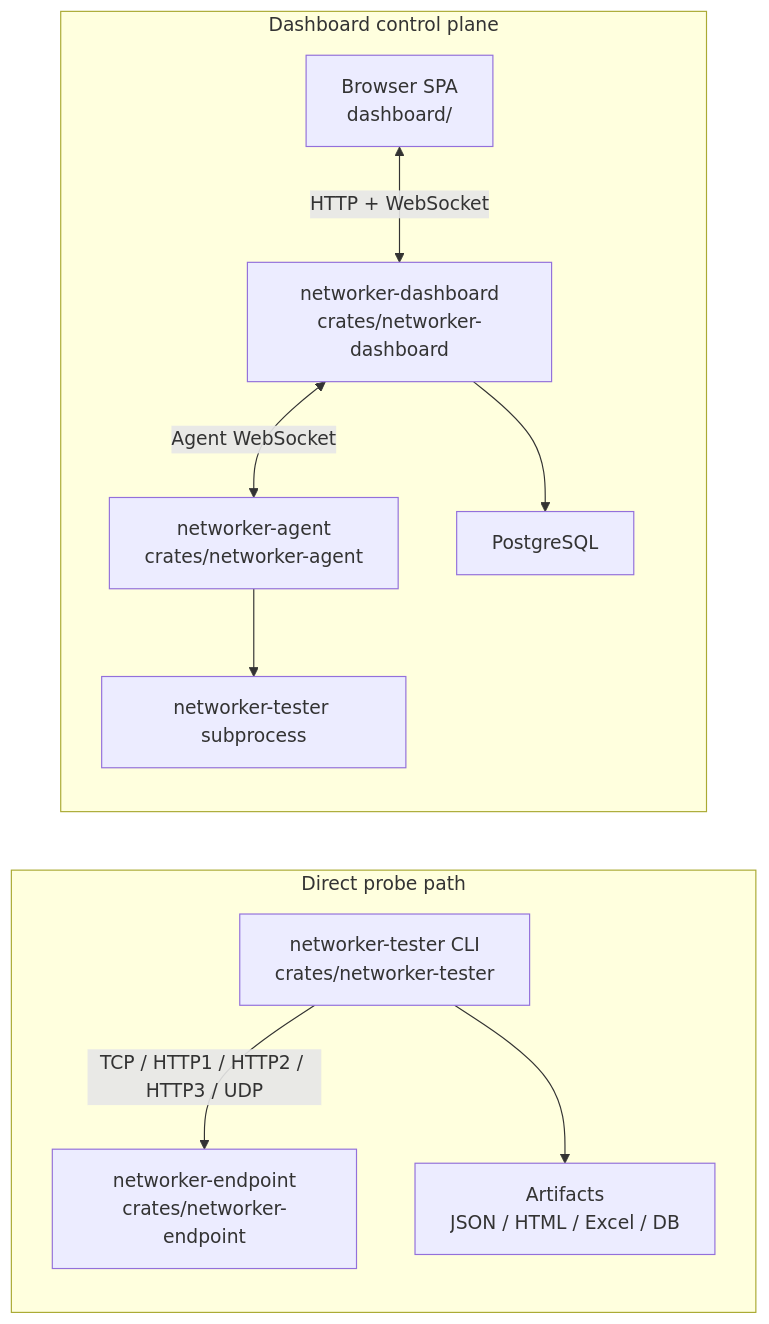
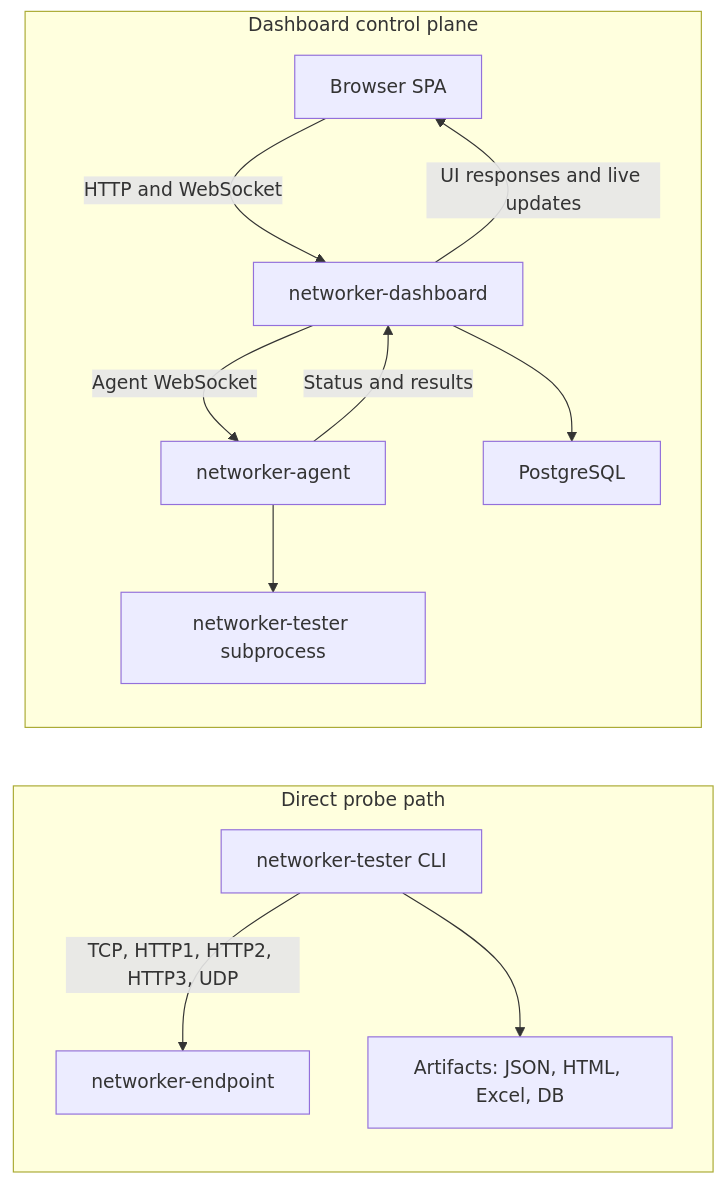
Before and after one commit to irlm/networker-tester: the diagram in README.md, drawn with Mermaid. The commit also changed 1 other file, not shown here.

Commit message:
docs: simplify mermaid diagrams for github rendering

````diff
--- a/README.md
+++ b/README.md
@@ -14,23 +14,25 @@
 ```mermaid
 flowchart LR
     subgraph ProbePath["Direct probe path"]
-        T["networker-tester CLI<br/>crates/networker-tester"]
-        E["networker-endpoint<br/>crates/networker-endpoint"]
-        O["Artifacts<br/>JSON / HTML / Excel / DB"]
-        T -->|"TCP / HTTP1 / HTTP2 / HTTP3 / UDP"| E
+        T["networker-tester CLI"]
+        E["networker-endpoint"]
+        O["Artifacts: JSON, HTML, Excel, DB"]
+        T -->|"TCP, HTTP1, HTTP2, HTTP3, UDP"| E
         T --> O
     end
 
     subgraph ControlPlane["Dashboard control plane"]
-        B["Browser SPA<br/>dashboard/"]
-        D["networker-dashboard<br/>crates/networker-dashboard"]
-        A["networker-agent<br/>crates/networker-agent"]
+        B["Browser SPA"]
+        D["networker-dashboard"]
+        A["networker-agent"]
         TP["networker-tester subprocess"]
         P["PostgreSQL"]
 
-        B <-->|"HTTP + WebSocket"| D
-        D <-->|"Agent WebSocket"| A
+        B -->|"HTTP and WebSocket"| D
+        D -->|"UI responses and live updates"| B
+        D -->|"Agent WebSocket"| A
+        A -->|"Status and results"| D
         A --> TP
         D --> P
     end
 ```
````
